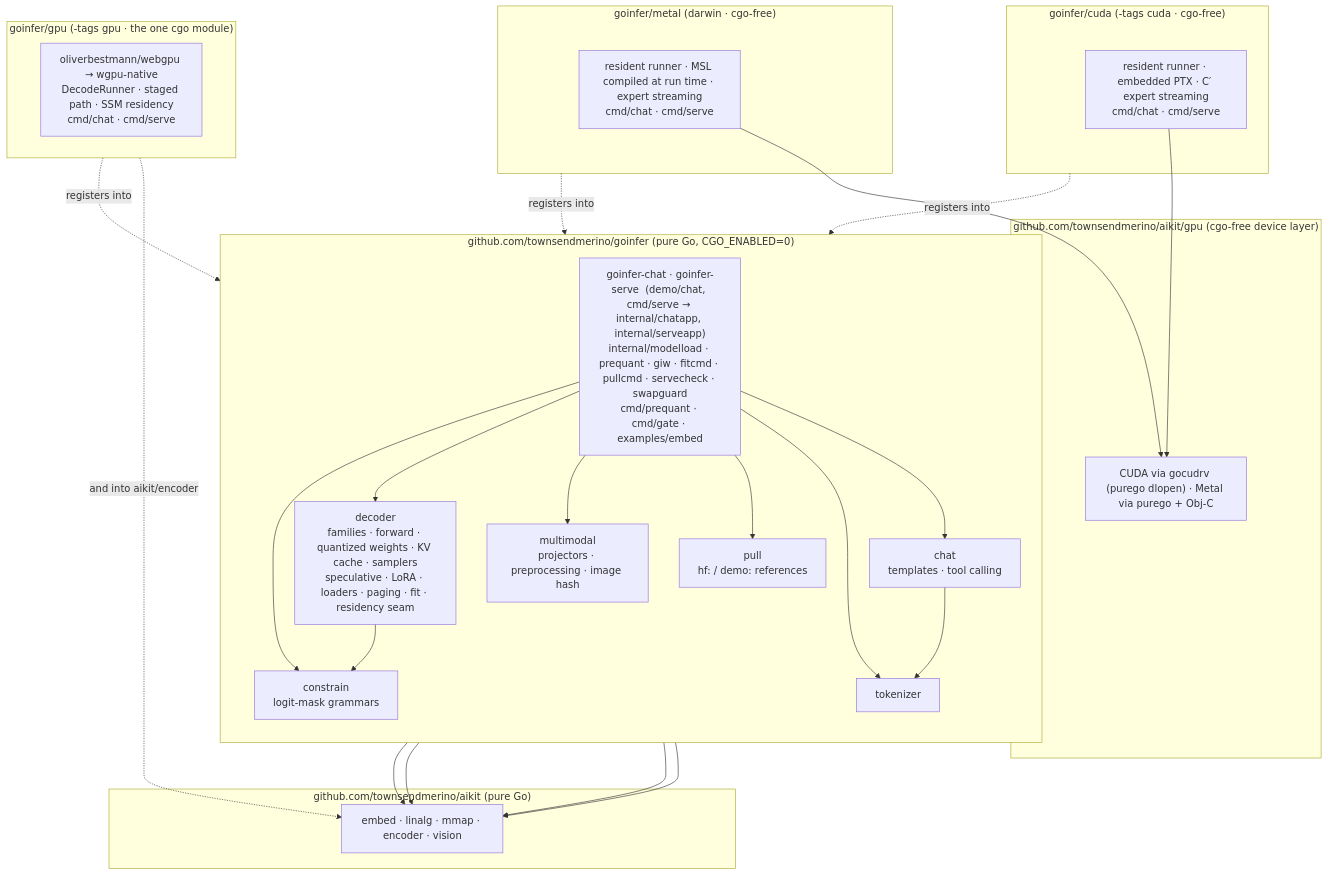
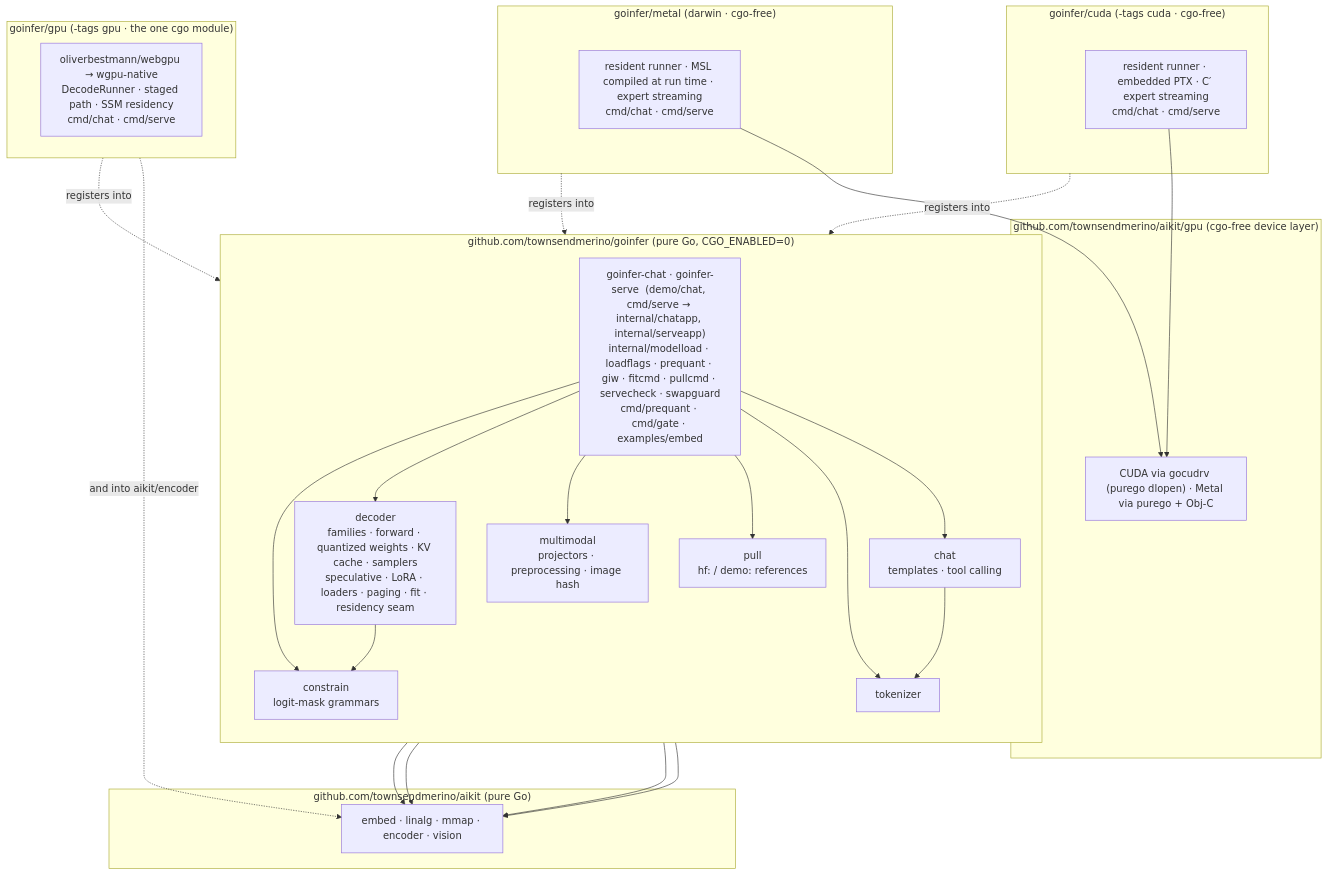
The fourth of 4 diagrams in docs/ARCHITECTURE.md (townsendmerino/goinfer), drawn with Mermaid before and after one commit. The commit also changed other lines of this file and 59 other files, not shown here.

````diff
--- a/docs/ARCHITECTURE.md
+++ b/docs/ARCHITECTURE.md
@@ -836,46 +840,46 @@
 ```mermaid
 flowchart TB
   subgraph ROOT["github.com/townsendmerino/goinfer  (pure Go, CGO_ENABLED=0)"]
     direction TB
-    APPS["goinfer-chat · goinfer-serve  (demo/chat, cmd/serve → internal/chatapp, internal/serveapp)<br/>internal/modelload · prequant · giw · fitcmd · pullcmd · servecheck · swapguard<br/>cmd/prequant · cmd/gate · examples/embed"]
+    APPS["goinfer-chat · goinfer-serve  (demo/chat, cmd/serve → internal/chatapp, internal/serveapp)<br/>internal/modelload · loadflags · prequant · giw · fitcmd · pullcmd · servecheck · swapguard<br/>cmd/prequant · cmd/gate · examples/embed"]
     DEC["decoder<br/>families · forward · quantized weights · KV cache · samplers<br/>speculative · LoRA · loaders · paging · fit · residency seam"]
     TKN["tokenizer"]
     CHT["chat<br/>templates · tool calling"]
     CON["constrain<br/>logit-mask grammars"]
     MM["multimodal<br/>projectors · preprocessing · image hash"]
     PULL["pull<br/>hf: / demo: references"]
     APPS --> DEC
     APPS --> CHT
     APPS --> CON
     APPS --> MM
     APPS --> PULL
     APPS --> TKN
     DEC --> CON
     CHT --> TKN
   end
   subgraph AIKIT["github.com/townsendmerino/aikit  (pure Go)"]
     AK["embed · linalg · mmap · encoder · vision"]
   end
   subgraph AIKITGPU["github.com/townsendmerino/aikit/gpu  (cgo-free device layer)"]
     AG["CUDA via gocudrv (purego dlopen) · Metal via purego + Obj-C"]
   end
   subgraph CUDA["goinfer/cuda  (-tags cuda · cgo-free)"]
     CU["resident runner · embedded PTX · C′ expert streaming<br/>cmd/chat · cmd/serve"]
   end
   subgraph METAL["goinfer/metal  (darwin · cgo-free)"]
     MT["resident runner · MSL compiled at run time · expert streaming<br/>cmd/chat · cmd/serve"]
   end
   subgraph GPU["goinfer/gpu  (-tags gpu · the one cgo module)"]
     WG["oliverbestmann/webgpu → wgpu-native<br/>DecodeRunner · staged path · SSM residency<br/>cmd/chat · cmd/serve"]
   end
   DEC --> AK
   TKN --> AK
   MM --> AK
   APPS --> AK
   CU --> AG
   MT --> AG
   CUDA -. "registers into" .-> DEC
   METAL -. "registers into" .-> DEC
   GPU -. "registers into" .-> DEC
   GPU -. "and into aikit/encoder" .-> AK
 ```
````
